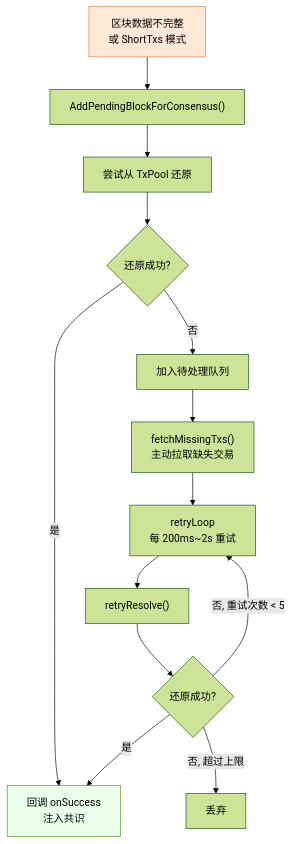
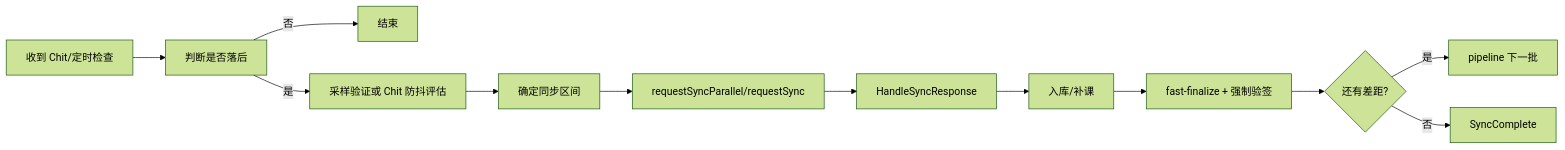
Before and after one commit to davidLeeeeeeeeeeee/dex: the sixth of 6 diagrams in consensus/sync_flow.md, drawn with Mermaid (forest theme). The commit also changed other lines of this file and 36 other files, not shown here.

````diff
--- a/consensus/sync_flow.md
+++ b/consensus/sync_flow.md
@@ -465,18 +395,14 @@
 ```mermaid
-flowchart TD
-    TRIGGER["区块数据不完整<br>或 ShortTxs 模式"] --> ADD["AddPendingBlockForConsensus()"]
-    ADD --> TRY_RESOLVE["尝试从 TxPool 还原"]
-    TRY_RESOLVE --> RESOLVED{还原成功?}
-    RESOLVED -->|是| SUCCESS["回调 onSuccess<br>注入共识"]
-    RESOLVED -->|否| QUEUE["加入待处理队列"]
-    QUEUE --> FETCH["fetchMissingTxs()<br>主动拉取缺失交易"]
-    FETCH --> RETRY_LOOP["retryLoop<br>每 200ms~2s 重试"]
-    RETRY_LOOP --> RETRY["retryResolve()"]
-    RETRY --> RESOLVED2{还原成功?}
-    RESOLVED2 -->|是| SUCCESS
-    RESOLVED2 -->|否, 重试次数 < 5| RETRY_LOOP
-    RESOLVED2 -->|否, 超过上限| DISCARD["丢弃"]
-
-    style TRIGGER fill:#ffe8d6,stroke:#d67f35
-    style SUCCESS fill:#eaffea,stroke:#4f8f00
+flowchart LR
+    A["收到 Chit/定时检查"] --> B["判断是否落后"]
+    B -->|否| Z["结束"]
+    B -->|是| C["采样验证或 Chit 防抖评估"]
+    C --> D["确定同步区间"]
+    D --> E["requestSyncParallel/requestSync"]
+    E --> F["HandleSyncResponse"]
+    F --> G["入库/补课"]
+    G --> H["fast-finalize + 强制验签"]
+    H --> I{"还有差距?"}
+    I -->|是| J["pipeline 下一批"]
+    I -->|否| K["SyncComplete"]
 ```
````
